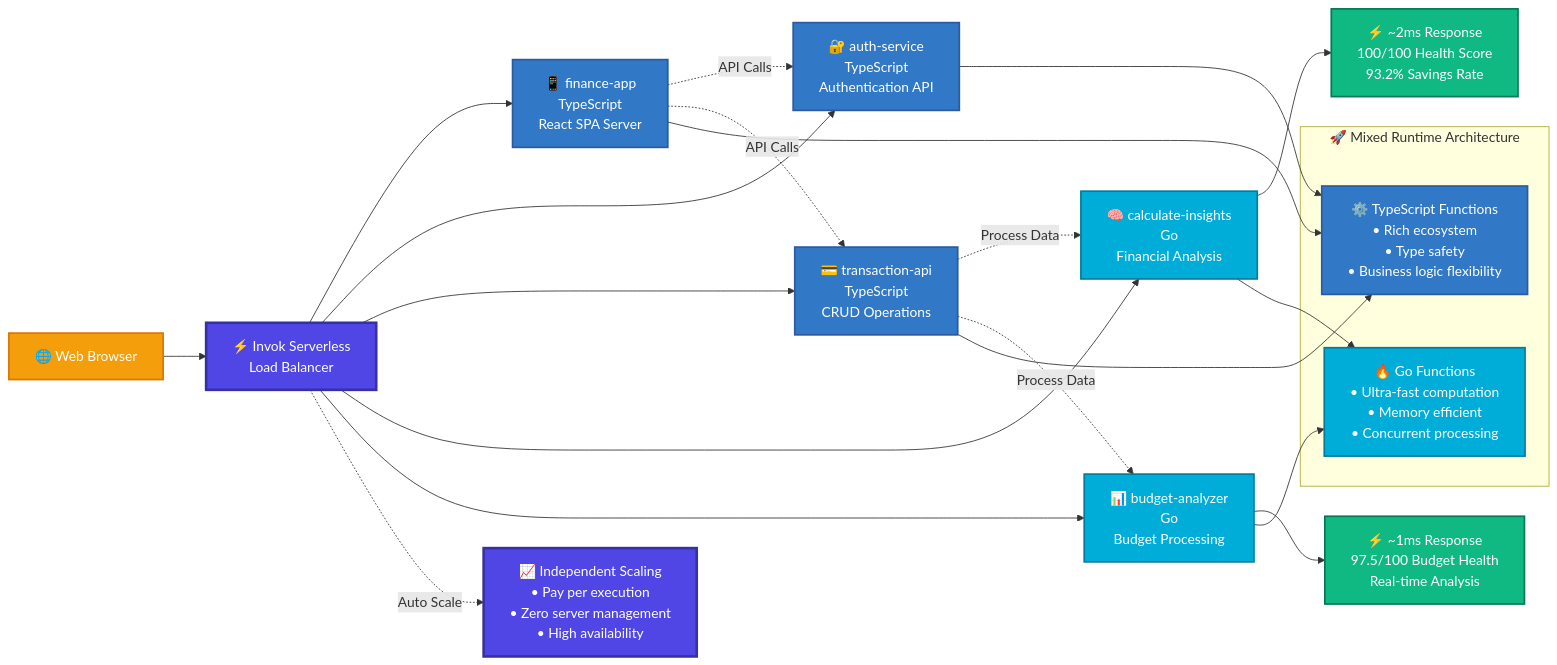
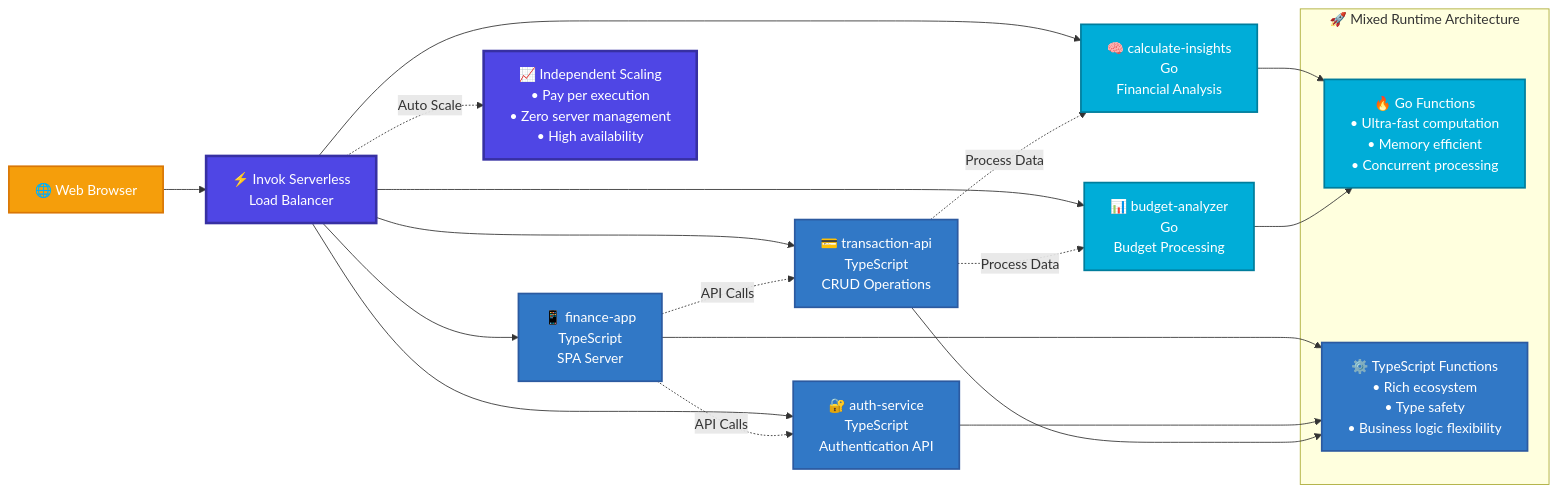
One commit to alob-mtc/invok-personal-finance-tracker changed the second of 2 diagrams in README.md. Above: the diagram before and after it, drawn with Mermaid. The commit also changed other lines of this file, not shown here.

````diff
--- a/README.md
+++ b/README.md
@@ -65,50 +65,46 @@
 ```mermaid
 graph LR
     %% Client Layer
     Browser[🌐 Web Browser] --> LB[⚡ Invok Serverless<br/>Load Balancer]
     
     %% Serverless Functions
-    LB --> Frontend[📱 finance-app<br/>TypeScript<br/>React SPA Server]
+    LB --> Frontend[📱 finance-app<br/>TypeScript<br/>SPA Server]
     LB --> Auth[🔐 auth-service<br/>TypeScript<br/>Authentication API]
     LB --> TransAPI[💳 transaction-api<br/>TypeScript<br/>CRUD Operations]
     LB --> Insights[🧠 calculate-insights<br/>Go<br/>Financial Analysis]
     LB --> Budget[📊 budget-analyzer<br/>Go<br/>Budget Processing]
     
     %% Function Interactions
     Frontend -.->|API Calls| Auth
     Frontend -.->|API Calls| TransAPI
     TransAPI -.->|Process Data| Insights
     TransAPI -.->|Process Data| Budget
-    
-    %% Performance Metrics
-    Insights --> Perf1[⚡ ~2ms Response<br/>100/100 Health Score<br/>93.2% Savings Rate]
-    Budget --> Perf2[⚡ ~1ms Response<br/>97.5/100 Budget Health<br/>Real-time Analysis]
     
     %% Auto Scaling
     LB -.->|Auto Scale| Scale[📈 Independent Scaling<br/>• Pay per execution<br/>• Zero server management<br/>• High availability]
     
     %% Mixed Runtime Benefits
     subgraph "🚀 Mixed Runtime Architecture"
         GoRuntime[🔥 Go Functions<br/>• Ultra-fast computation<br/>• Memory efficient<br/>• Concurrent processing]
         TSRuntime[⚙️ TypeScript Functions<br/>• Rich ecosystem<br/>• Type safety<br/>• Business logic flexibility]
     end
     
     Insights --> GoRuntime
     Budget --> GoRuntime
     Frontend --> TSRuntime
     Auth --> TSRuntime
     TransAPI --> TSRuntime
     
     %% Styling
     classDef invokInfra fill:#4F46E5,stroke:#3730a3,stroke-width:3px,color:#fff
     classDef goFunc fill:#00ADD8,stroke:#007d9c,stroke-width:2px,color:#fff
     classDef tsFunc fill:#3178C6,stroke:#2c5aa0,stroke-width:2px,color:#fff
     classDef performance fill:#10B981,stroke:#047857,stroke-width:2px,color:#fff
     classDef client fill:#F59E0B,stroke:#D97706,stroke-width:2px,color:#fff
     
     class LB,Scale invokInfra
     class Insights,Budget,GoRuntime goFunc
     class Frontend,Auth,TransAPI,TSRuntime tsFunc
     class Perf1,Perf2 performance
     class Browser client
 ```
````
